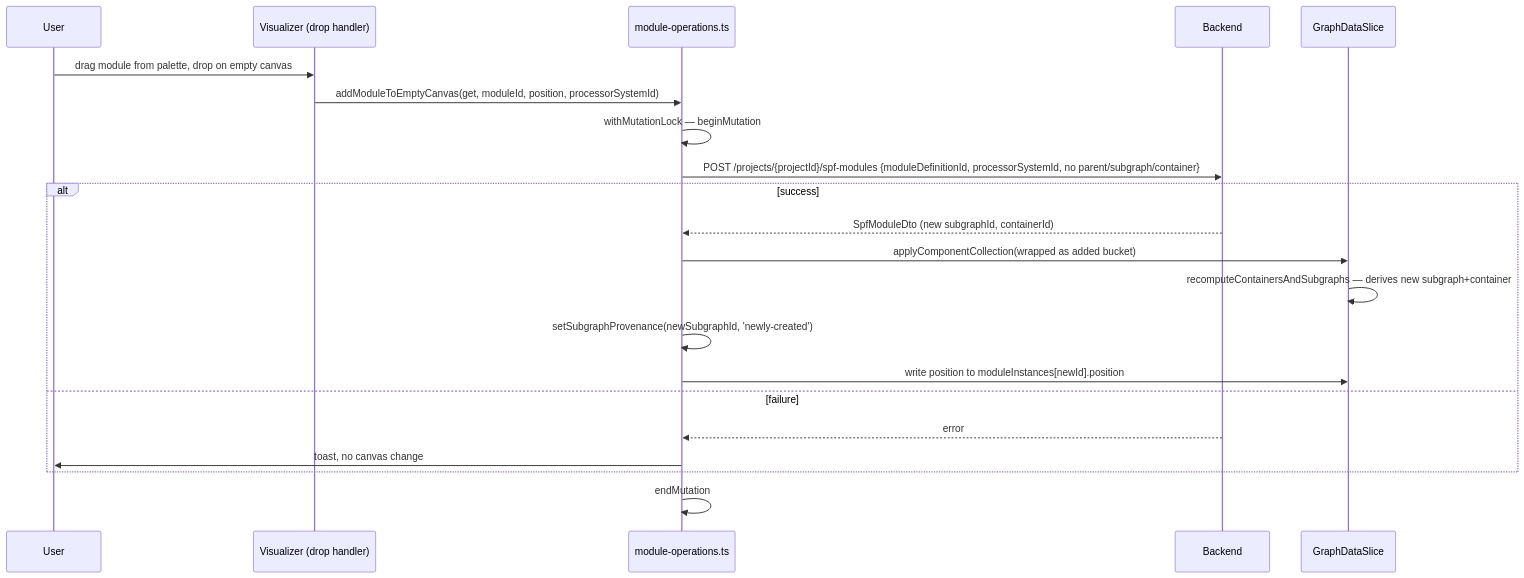
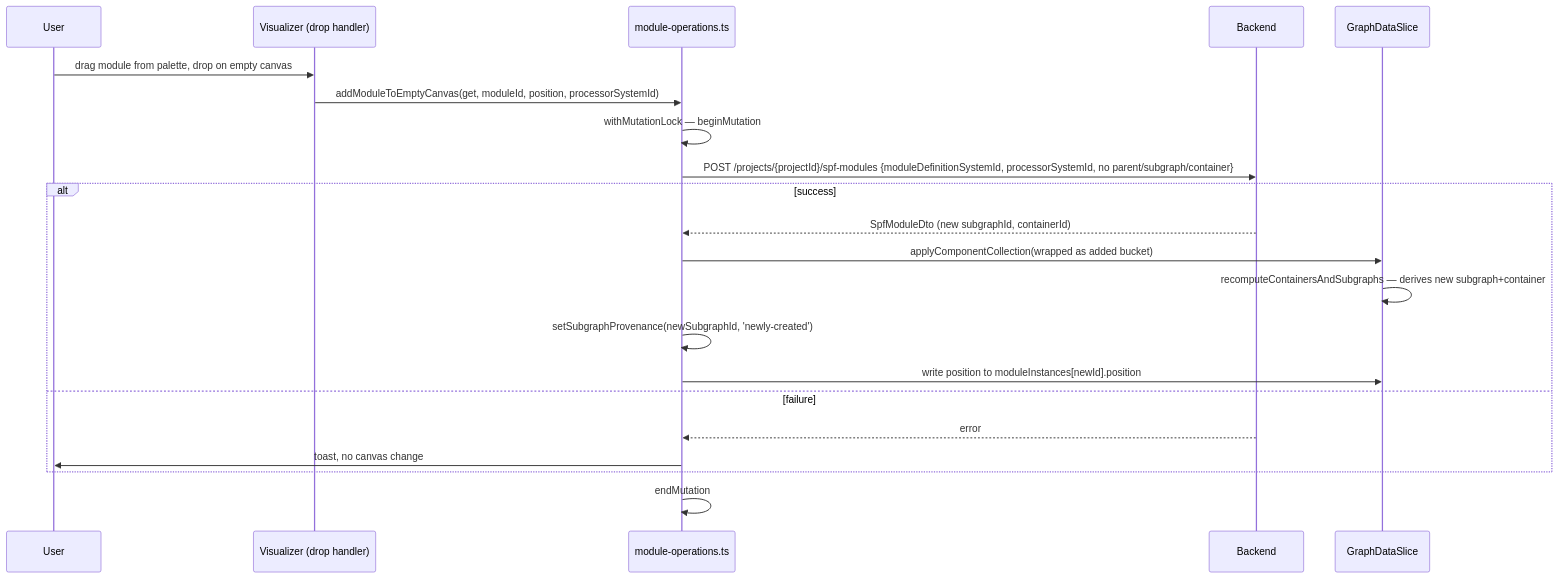
One commit to AudioReach/audioreach-creator-ui changed the first of 3 diagrams in docs/design/edit-session/node-operations-design.md. Above: the diagram before and after it, drawn with Mermaid. The commit also changed other lines of this file and 2 other files, not shown here.

````diff
--- a/docs/design/edit-session/node-operations-design.md
+++ b/docs/design/edit-session/node-operations-design.md
@@ -966,24 +979,24 @@
 ```mermaid
 sequenceDiagram
   participant U as User
   participant V as Visualizer (drop handler)
   participant M as module-operations.ts
   participant B as Backend
   participant G as GraphDataSlice
 
   U->>V: drag module from palette, drop on empty canvas
   V->>M: addModuleToEmptyCanvas(get, moduleId, position, processorSystemId)
   M->>M: withMutationLock — beginMutation
-  M->>B: POST /projects/{projectId}/spf-modules {moduleDefinitionId, processorSystemId, no parent/subgraph/container}
+  M->>B: POST /projects/{projectId}/spf-modules {moduleDefinitionSystemId, processorSystemId, no parent/subgraph/container}
   alt success
     B-->>M: SpfModuleDto (new subgraphId, containerId)
     M->>G: applyComponentCollection(wrapped as added bucket)
     G->>G: recomputeContainersAndSubgraphs — derives new subgraph+container
     M->>M: setSubgraphProvenance(newSubgraphId, 'newly-created')
     M->>G: write position to moduleInstances[newId].position
   else failure
     B-->>M: error
     M->>U: toast, no canvas change
   end
   M->>M: endMutation
 ```
````
